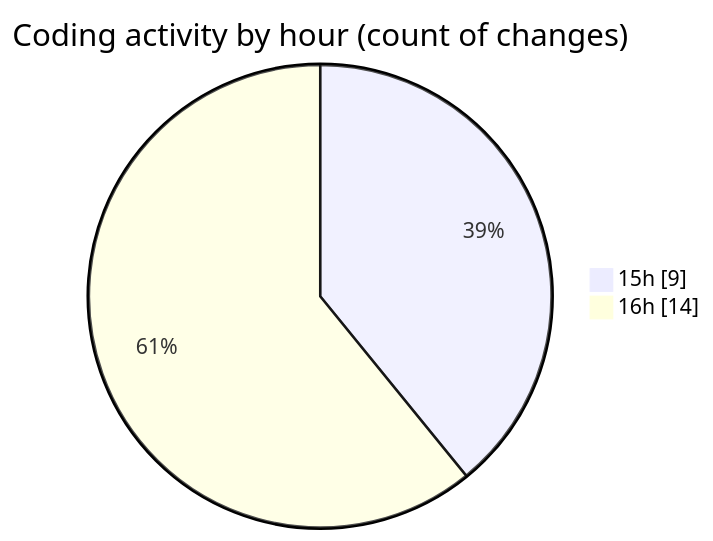
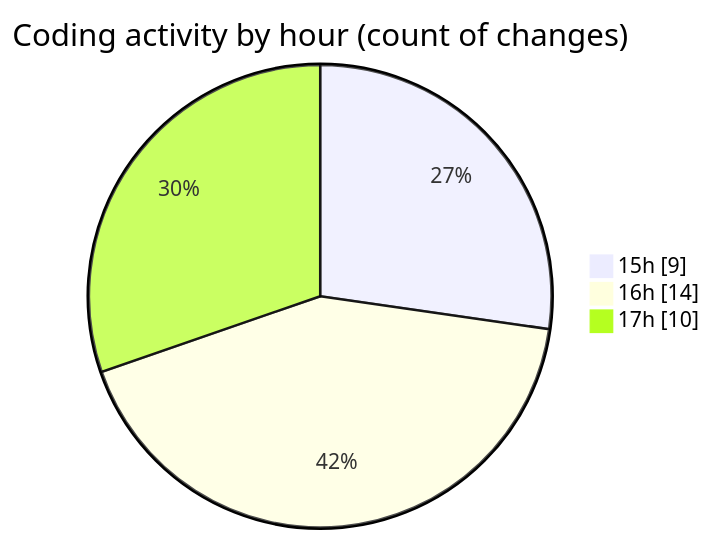
One commit to debugP/code-tracking changed the second of 2 diagrams in 2026-06-30/wp-content/README.md. Above: the diagram before and after it, drawn with Mermaid. The commit also changed other lines of this file and 1 other file, not shown here.

````diff
--- a/2026-06-30/wp-content/README.md
+++ b/2026-06-30/wp-content/README.md
@@ -35,6 +38,7 @@
 ```mermaid
 pie showData
 title Coding activity by hour (count of changes)
 "15h" : 9
 "16h" : 14
+"17h" : 10
 ```
````
